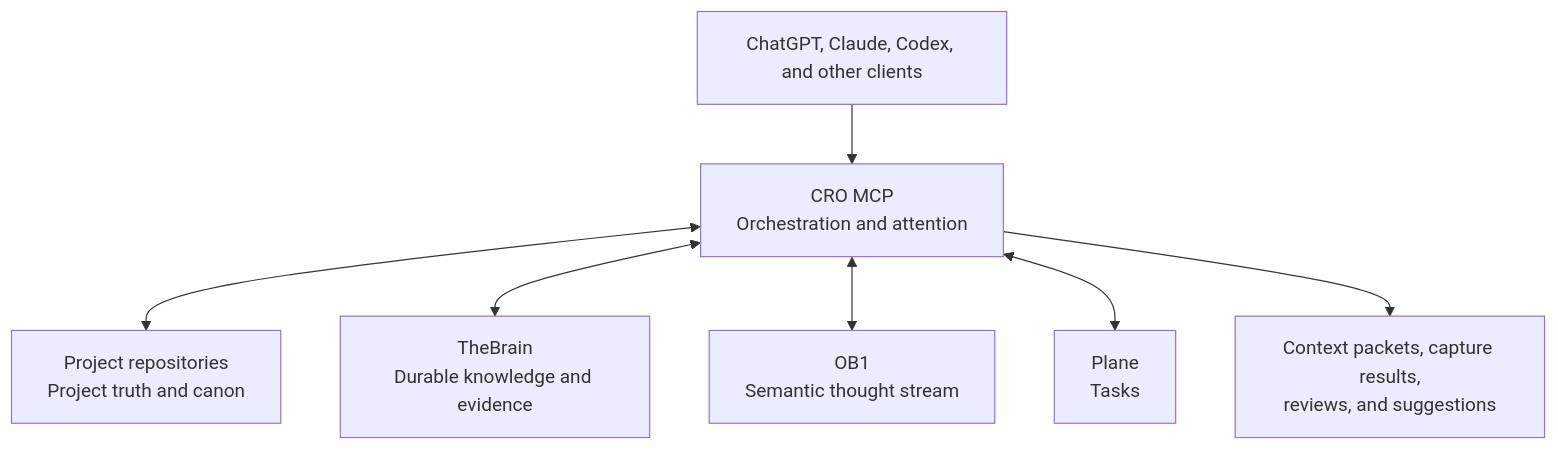
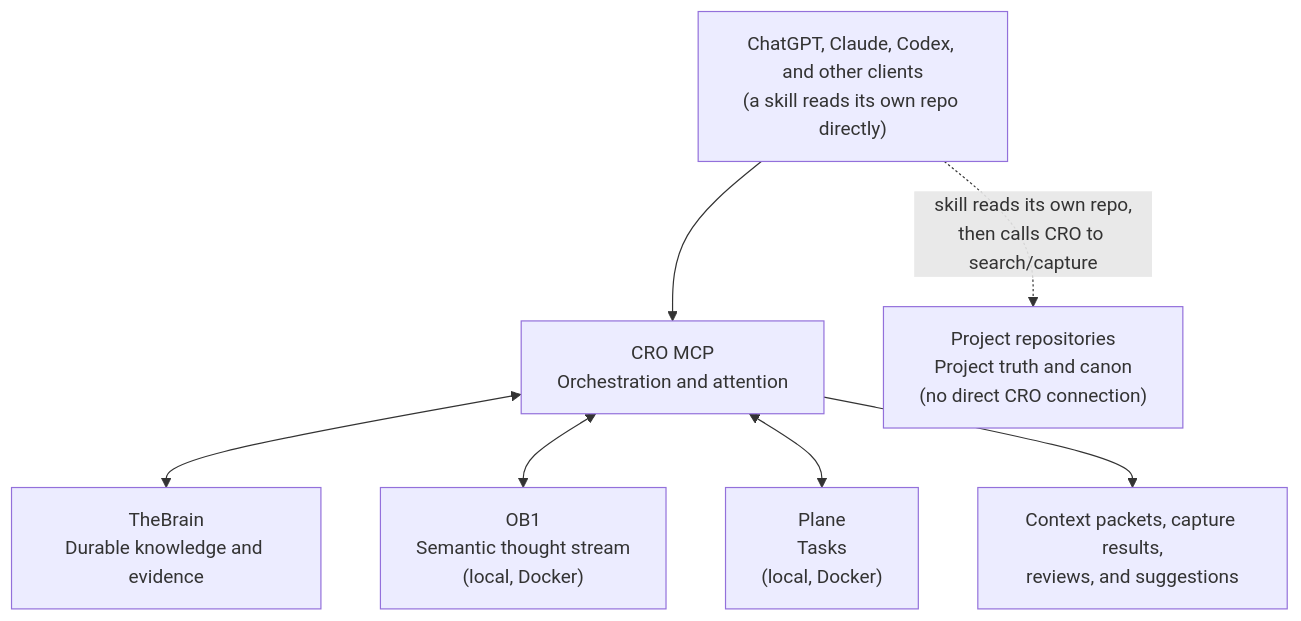
Before and after one commit to KeithBarrows/Cognitive-Research-Orchestrator: the first of 5 diagrams in docs/README.md, drawn with Mermaid. The commit also changed other lines of this file and 20 other files, not shown here.

First line of the commit message:
📐 Enforce no-direct-repo-read rule across architecture docs; add dev overview

````diff
--- a/docs/README.md
+++ b/docs/README.md
@@ -44,9 +44,10 @@
 ```mermaid
 flowchart TD
-    C["ChatGPT, Claude, Codex, and other clients"] --> M["CRO MCP<br/>Orchestration and attention"]
-    M <--> R["Project repositories<br/>Project truth and canon"]
+    C["ChatGPT, Claude, Codex, and other clients<br/>(a skill reads its own repo directly)"] --> M["CRO MCP<br/>Orchestration and attention"]
     M <--> T["TheBrain<br/>Durable knowledge and evidence"]
-    M <--> O["OB1<br/>Semantic thought stream"]
-    M <--> P["Plane<br/>Tasks"]
+    M <--> O["OB1<br/>Semantic thought stream<br/>(local, Docker)"]
+    M <--> P["Plane<br/>Tasks<br/>(local, Docker)"]
     M --> X["Context packets, capture results,<br/>reviews, and suggestions"]
+    REPO["Project repositories<br/>Project truth and canon<br/>(no direct CRO connection)"]
+    C -. "skill reads its own repo,<br/>then calls CRO to search/capture" .-> REPO
 ```
````
